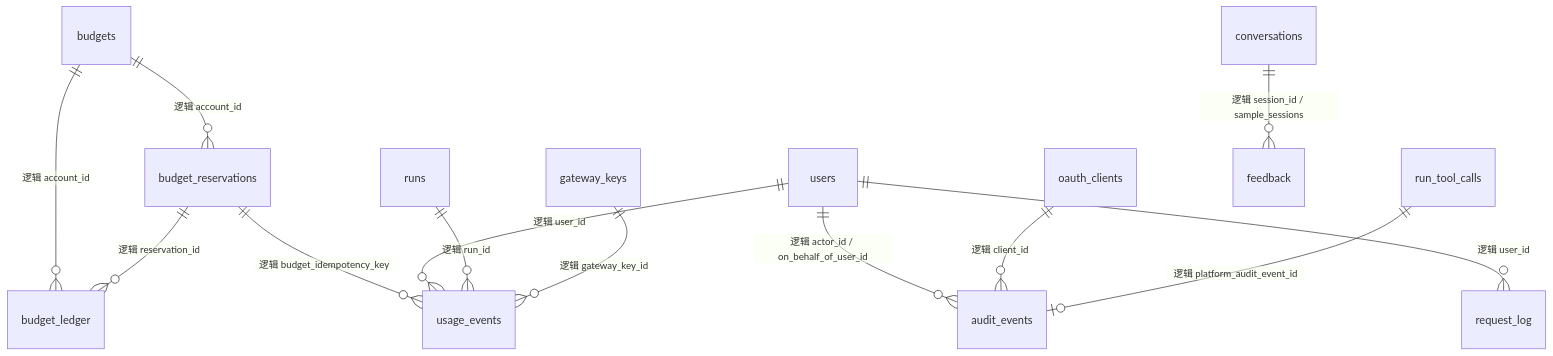
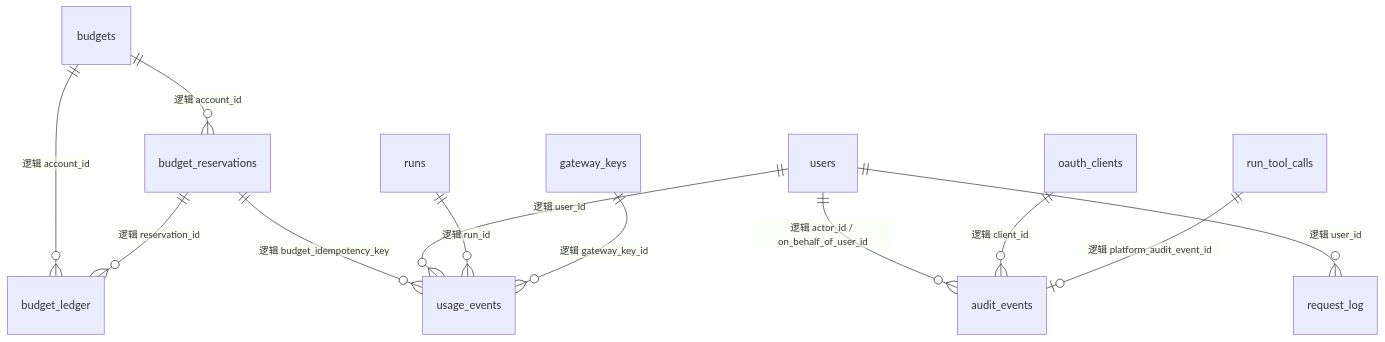
One commit to linjiejim/greenhouse changed the fourth of 4 diagrams in packages/db/src/db-schema.md. Above: the diagram before and after it, drawn with Mermaid. The commit also changed other lines of this file and 328 other files, not shown here.

````diff
--- a/packages/db/src/db-schema.md
+++ b/packages/db/src/db-schema.md
@@ -423,15 +414,14 @@
 ```mermaid
 erDiagram
     budgets ||--o{ budget_reservations : "逻辑 account_id"
     budgets ||--o{ budget_ledger : "逻辑 account_id"
     budget_reservations ||--o{ budget_ledger : "逻辑 reservation_id"
     budget_reservations ||--o{ usage_events : "逻辑 budget_idempotency_key"
     users ||--o{ usage_events : "逻辑 user_id"
     runs ||--o{ usage_events : "逻辑 run_id"
     gateway_keys ||--o{ usage_events : "逻辑 gateway_key_id"
     users ||--o{ audit_events : "逻辑 actor_id / on_behalf_of_user_id"
     oauth_clients ||--o{ audit_events : "逻辑 client_id"
     run_tool_calls ||--o| audit_events : "逻辑 platform_audit_event_id"
     users ||--o{ request_log : "逻辑 user_id"
-    conversations ||--o{ feedback : "逻辑 session_id / sample_sessions"
 ```
````
